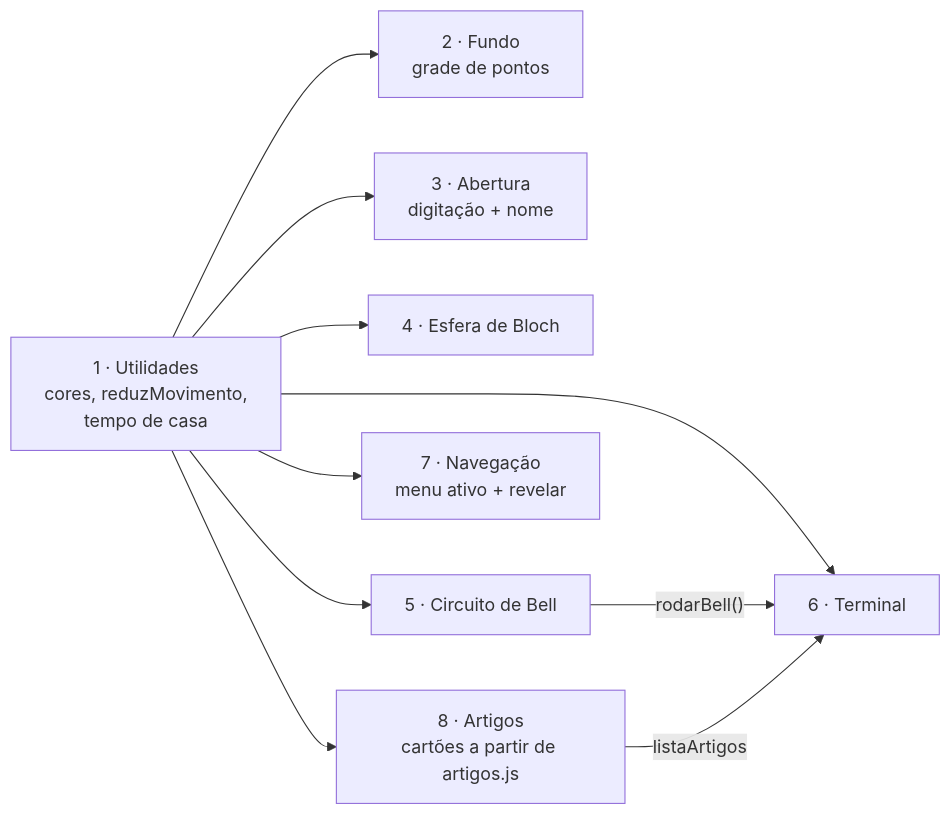
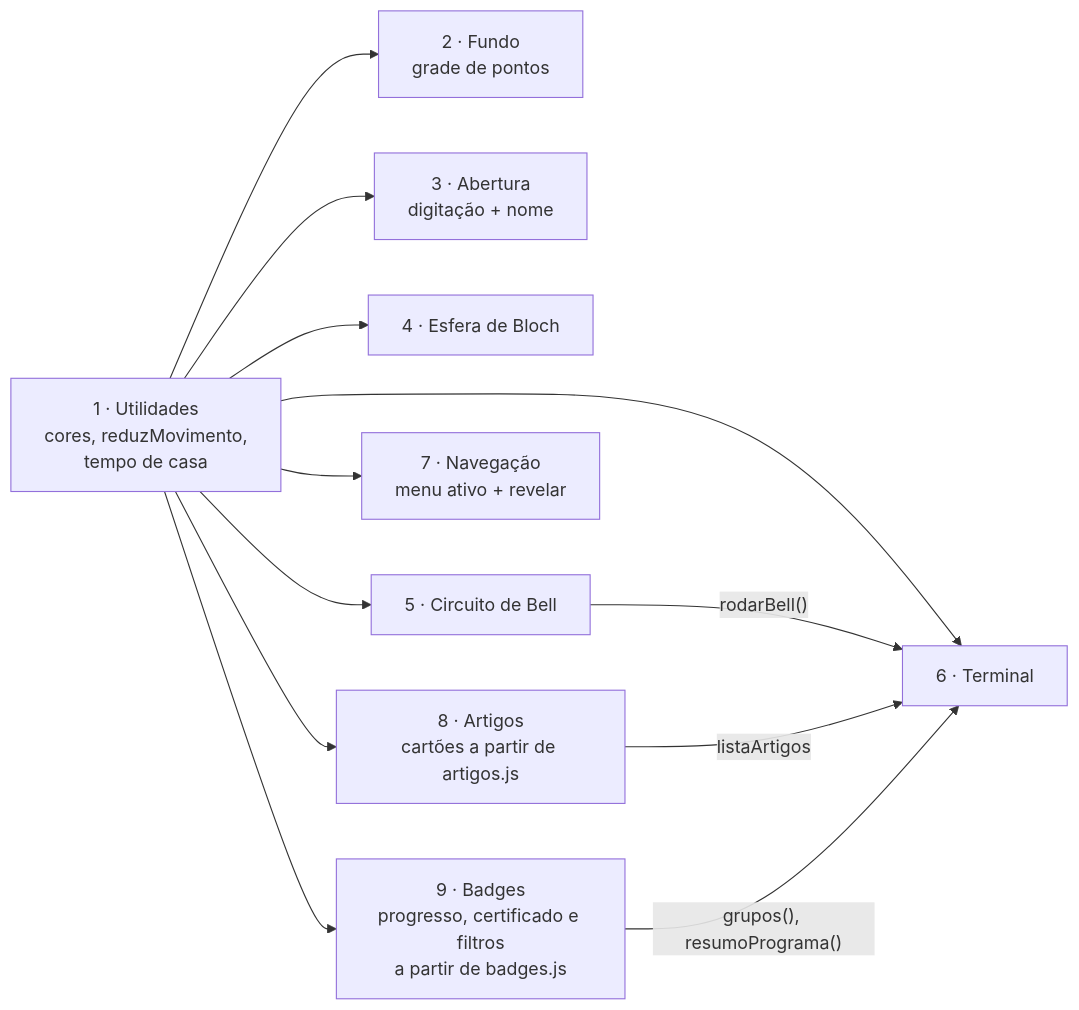
The third of 9 diagrams in docs/DOCUMENTACAO.md (TiagoRodriguesskt/Tiagorodriguesskt.github.io), drawn with Mermaid before and after one commit. The commit also changed other lines of this file and 7 other files, not shown here.

Commit message:
Badge do programa IBM Z em andamento e certificado final.

````diff
--- a/docs/DOCUMENTACAO.md
+++ b/docs/DOCUMENTACAO.md
@@ -211,13 +215,15 @@
 ```mermaid
 flowchart LR
     U["1 · Utilidades<br/>cores, reduzMovimento,<br/>tempo de casa"]
     U --> F["2 · Fundo<br/>grade de pontos"]
     U --> A["3 · Abertura<br/>digitação + nome"]
     U --> B["4 · Esfera de Bloch"]
     U --> C["5 · Circuito de Bell"]
     U --> T["6 · Terminal"]
     U --> N["7 · Navegação<br/>menu ativo + revelar"]
     U --> AR["8 · Artigos<br/>cartões a partir de artigos.js"]
+    U --> BD["9 · Badges<br/>progresso, certificado e filtros<br/>a partir de badges.js"]
     C -->|"rodarBell()"| T
     AR -->|"listaArtigos"| T
+    BD -->|"grupos(), resumoPrograma()"| T
 ```
````
